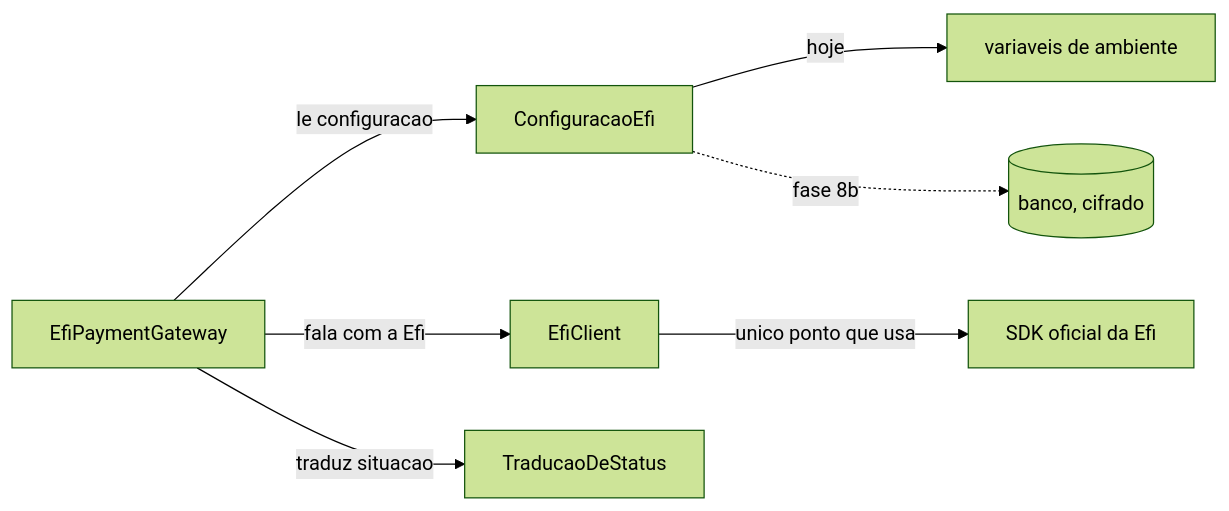
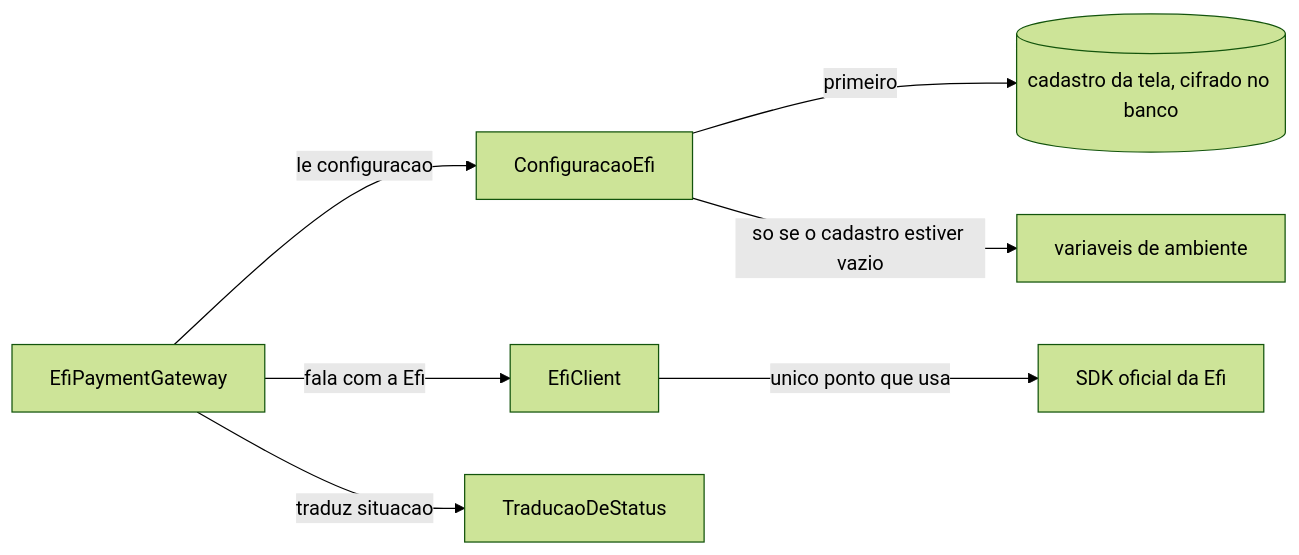
The sixth of 6 diagrams in docs/ARCHITECTURE.md (walberjefferson/gerenciador_eventos_ccc), drawn with Mermaid (forest theme) before and after one commit. The commit also changed other lines of this file and 4 other files, not shown here.

````diff
--- a/docs/ARCHITECTURE.md
+++ b/docs/ARCHITECTURE.md
@@ -405,9 +405,9 @@
 ```mermaid
 flowchart LR
     GW[EfiPaymentGateway] -->|le configuracao| CFG[ConfiguracaoEfi]
     GW -->|fala com a Efi| CLI[EfiClient]
     GW -->|traduz situacao| TR[TraducaoDeStatus]
     CLI -->|unico ponto que usa| SDK[SDK oficial da Efi]
-    CFG -->|hoje| ENV[variaveis de ambiente]
-    CFG -.->|fase 8b| BD[(banco, cifrado)]
+    CFG -->|primeiro| BD[(cadastro da tela, cifrado no banco)]
+    CFG -->|so se o cadastro estiver vazio| ENV[variaveis de ambiente]
 ```
````
